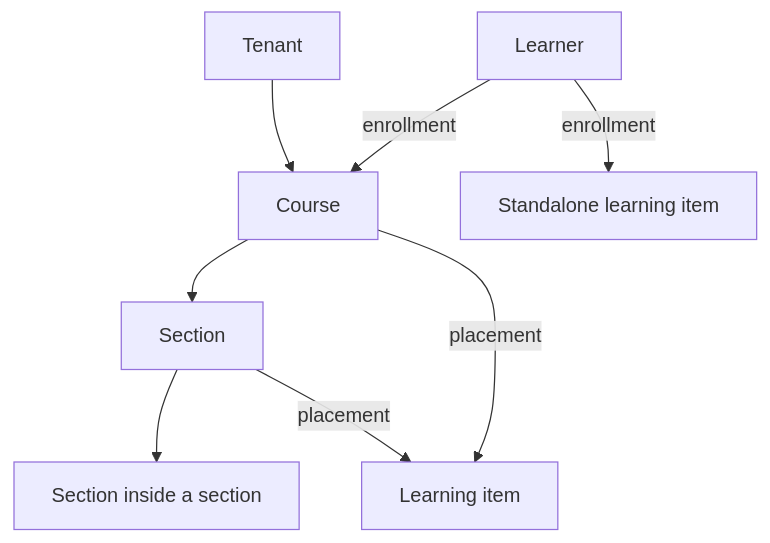
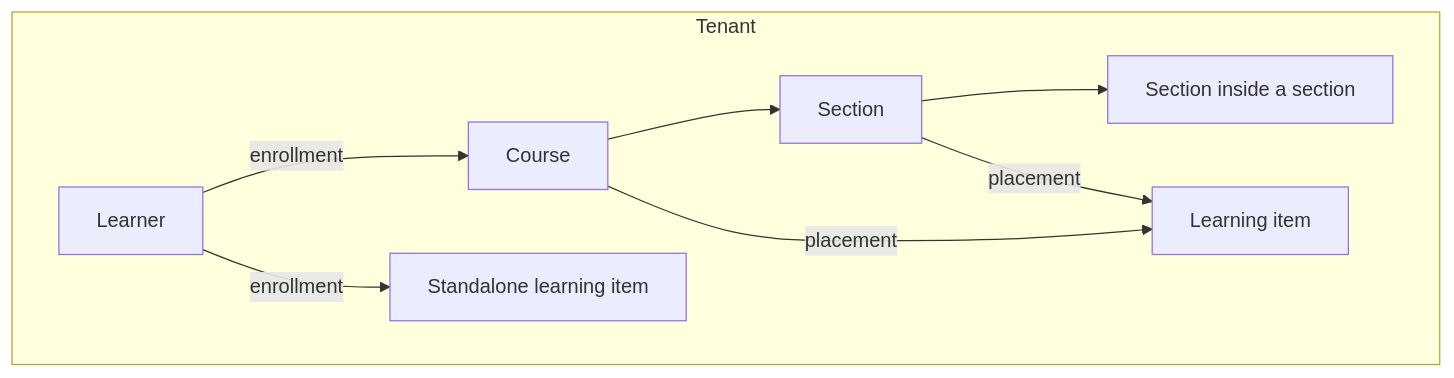
The diagram in docs-site/docs-current/getting-started/concepts.md (CMDxAI/CMDXAI-website), drawn with Mermaid before and after one commit. The commit also changed other lines of this file, not shown here.

Commit message:
Put learners inside the tenant in the concepts diagram
The diagram showed the tenant above courses only, with the learner
outside it. Learners are tenant members, and courses, learning items
and enrollments all belong to a tenant, so the diagram now draws the
tenant as a box around everything. The tenant section names members
and their per-tenant role.

````diff
--- a/docs-site/docs-current/getting-started/concepts.md
+++ b/docs-site/docs-current/getting-started/concepts.md
@@ -23,13 +23,20 @@
 ```mermaid
 flowchart TB
   accTitle: How CMDX content fits together
-  accDescr: A tenant contains courses. A course contains sections, and sections can contain more sections. Placements put a learning item into a course or a section. One learning item can have many placements. Learners are enrolled in a course, or in a learning item that stands alone.
+  accDescr: Everything sits inside one tenant. The tenant has learners, courses and learning items. A course contains sections, and sections can contain more sections. Placements put a learning item into a course or a section, and one learning item can have many placements. A learner is enrolled in a course, or in a standalone learning item that is in no course.
 
-  tenant[Tenant] --> course[Course]
-  course --> section[Section]
-  section --> subsection[Section inside a section]
-  course -- placement --> item[Learning item]
-  section -- placement --> item
-  learner[Learner] -- enrollment --> course
-  learner -- enrollment --> standalone[Standalone learning item]
+  subgraph tenant[Tenant]
+    learner[Learner]
+    course[Course]
+    section[Section]
+    subsection[Section inside a section]
+    item[Learning item]
+    standalone[Standalone learning item]
+    course --> section
+    section --> subsection
+    course -- placement --> item
+    section -- placement --> item
+    learner -- enrollment --> course
+    learner -- enrollment --> standalone
+  end
 ```
````
